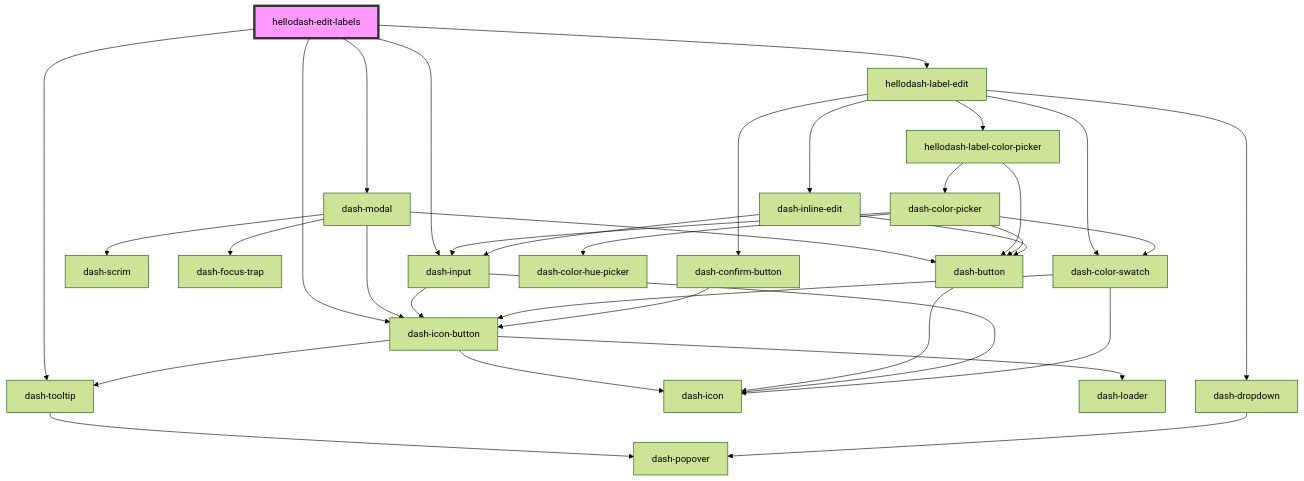
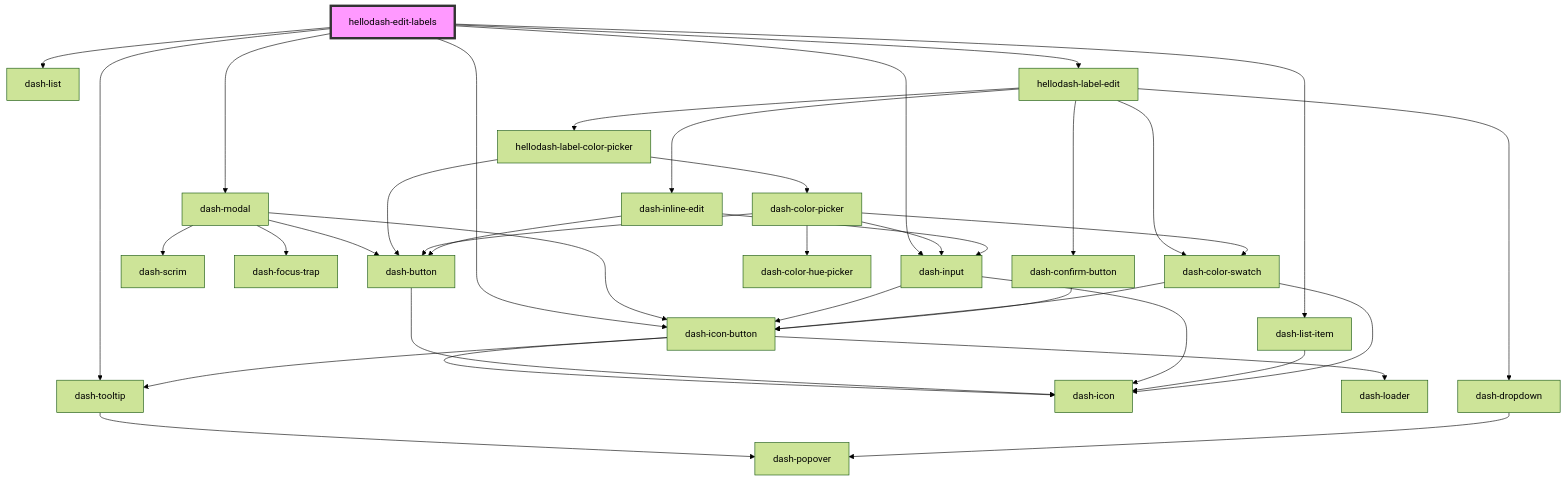
The diagram in packages/hellodash-components/src/components/modals/hellodash-edit-labels/readme.md (jmanke/dash), drawn with Mermaid (forest theme) before and after one commit. The commit also changed other lines of this file and 8 other files, not shown here.

````diff
--- a/packages/hellodash-components/src/components/modals/hellodash-edit-labels/readme.md
+++ b/packages/hellodash-components/src/components/modals/hellodash-edit-labels/readme.md
@@ -51,37 +53,40 @@
 ```mermaid
 graph TD;
   hellodash-edit-labels --> dash-modal
   hellodash-edit-labels --> dash-input
   hellodash-edit-labels --> dash-icon-button
   hellodash-edit-labels --> dash-tooltip
+  hellodash-edit-labels --> dash-list
+  hellodash-edit-labels --> dash-list-item
   hellodash-edit-labels --> hellodash-label-edit
   dash-modal --> dash-scrim
   dash-modal --> dash-focus-trap
   dash-modal --> dash-icon-button
   dash-modal --> dash-button
   dash-icon-button --> dash-icon
   dash-icon-button --> dash-loader
   dash-icon-button --> dash-tooltip
   dash-tooltip --> dash-popover
   dash-button --> dash-icon
   dash-input --> dash-icon
   dash-input --> dash-icon-button
+  dash-list-item --> dash-icon
   hellodash-label-edit --> dash-dropdown
   hellodash-label-edit --> dash-color-swatch
   hellodash-label-edit --> hellodash-label-color-picker
   hellodash-label-edit --> dash-inline-edit
   hellodash-label-edit --> dash-confirm-button
   dash-dropdown --> dash-popover
   dash-color-swatch --> dash-icon-button
   dash-color-swatch --> dash-icon
   hellodash-label-color-picker --> dash-color-picker
   hellodash-label-color-picker --> dash-button
   dash-color-picker --> dash-color-hue-picker
   dash-color-picker --> dash-button
   dash-color-picker --> dash-input
   dash-color-picker --> dash-color-swatch
   dash-inline-edit --> dash-button
   dash-inline-edit --> dash-input
   dash-confirm-button --> dash-icon-button
   style hellodash-edit-labels fill:#f9f,stroke:#333,stroke-width:4px
 ```
````
